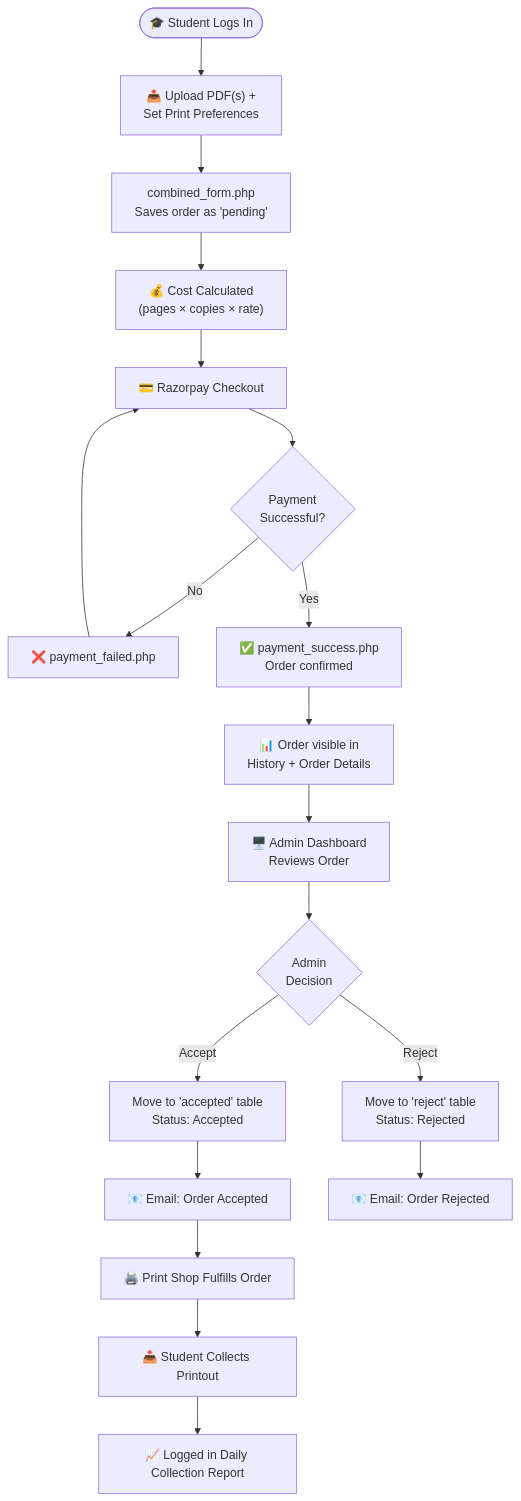
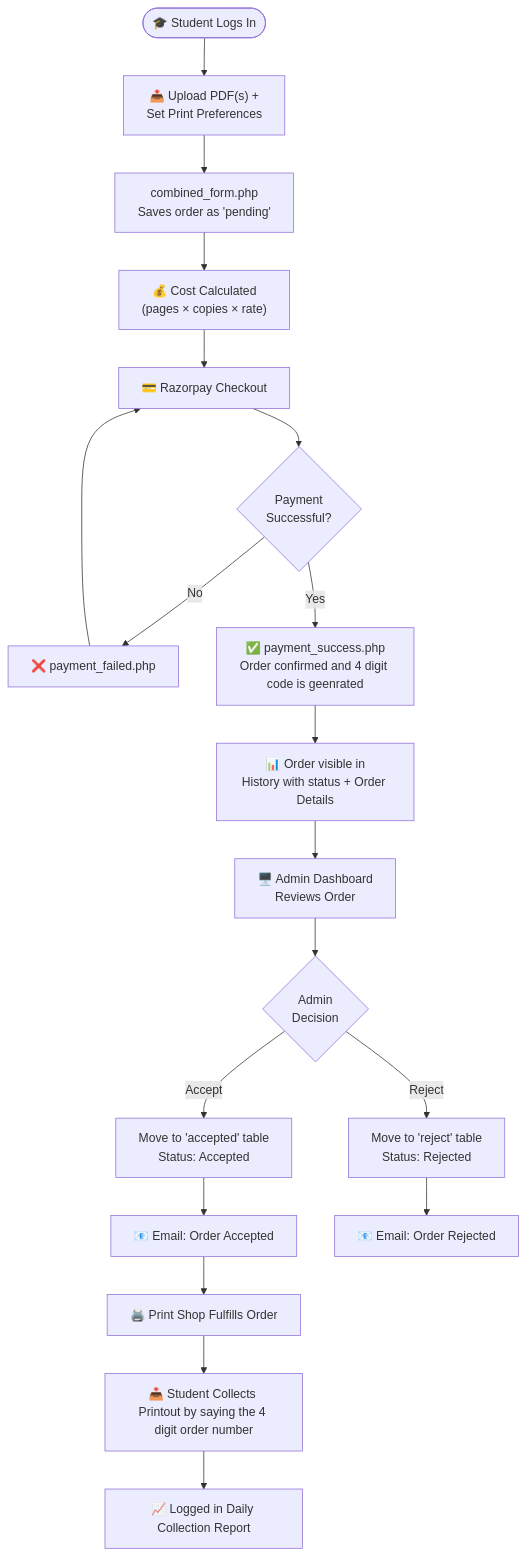
One commit to Soorya-SS-01/Student-Print-Service changed the second of 2 diagrams in README.md. Above: the diagram before and after it, drawn with Mermaid.

````diff
--- a/README.md
+++ b/README.md
@@ -162,24 +162,24 @@
 ```mermaid
 flowchart TD
     A(["🎓 Student Logs In"]) --> B["📤 Upload PDF(s) +\nSet Print Preferences"]
     B --> C["combined_form.php\nSaves order as 'pending'"]
     C --> D["💰 Cost Calculated\n(pages × copies × rate)"]
     D --> E["💳 Razorpay Checkout"]
     E --> F{"Payment\nSuccessful?"}
     F -- "No" --> G["❌ payment_failed.php"]
     G --> E
-    F -- "Yes" --> H["✅ payment_success.php\nOrder confirmed"]
-    H --> I["📊 Order visible in\nHistory + Order Details"]
+    F -- "Yes" --> H["✅ payment_success.php\nOrder confirmed and 4 digit code is geenrated"]
+    H --> I["📊 Order visible in\nHistory with status + Order Details"]
 
     I --> J["🖥️ Admin Dashboard\nReviews Order"]
     J --> K{"Admin\nDecision"}
     K -- "Accept" --> L["Move to 'accepted' table\nStatus: Accepted"]
     K -- "Reject" --> M["Move to 'reject' table\nStatus: Rejected"]
 
     L --> N["📧 Email: Order Accepted"]
     M --> O["📧 Email: Order Rejected"]
 
     N --> P["🖨️ Print Shop Fulfills Order"]
-    P --> Q["📥 Student Collects Printout"]
+    P --> Q["📥 Student Collects Printout by saying the 4 digit order number"]
     Q --> R["📈 Logged in Daily Collection Report"]
 ```
````
